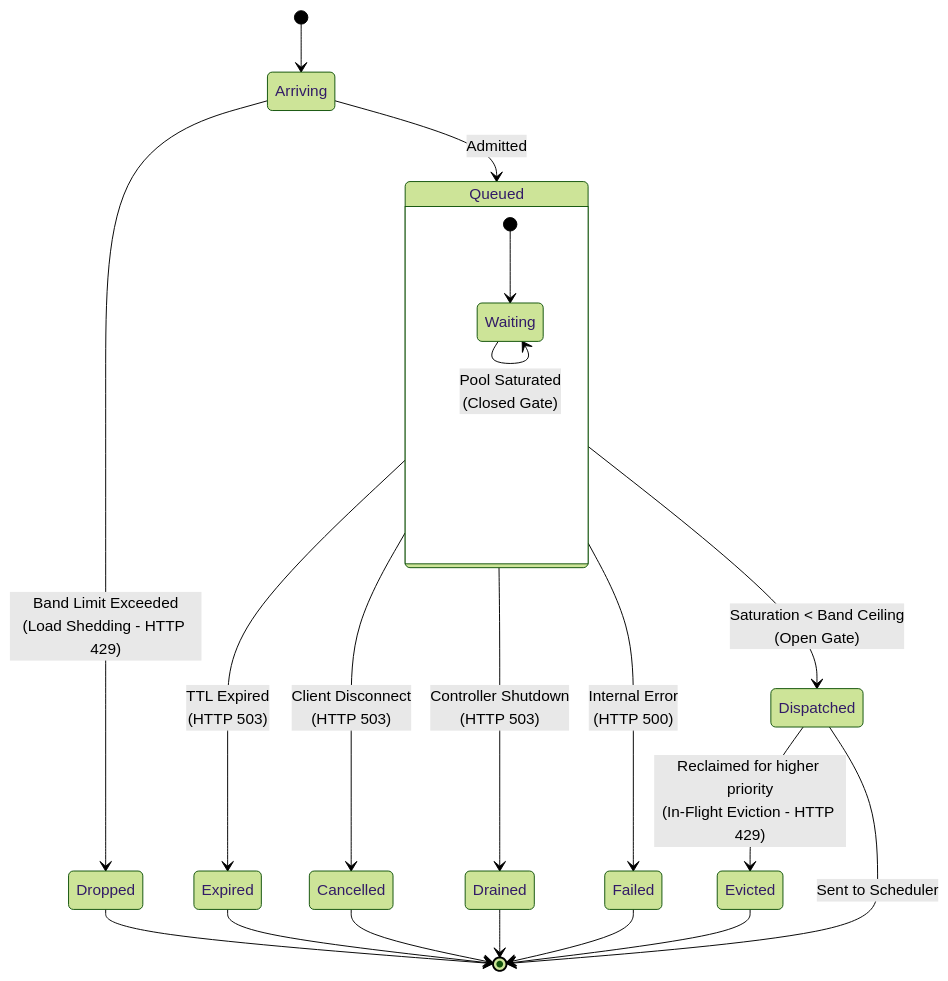
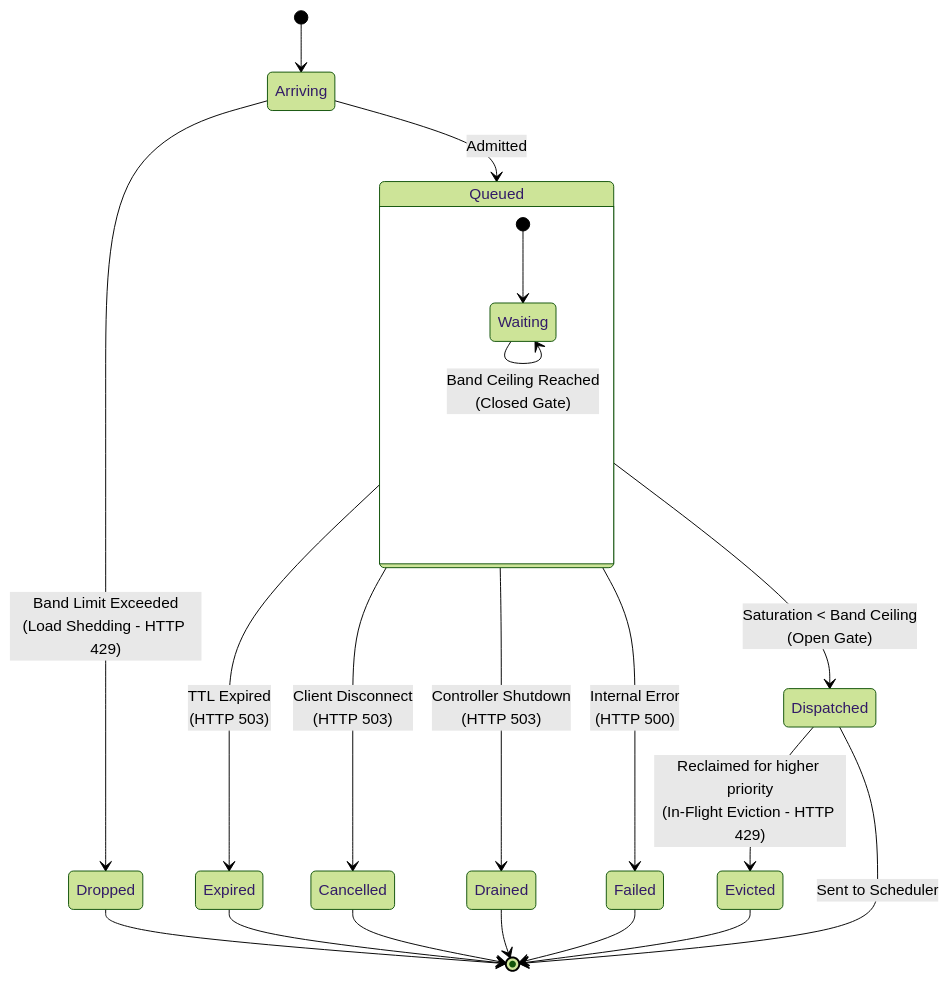
The fourth of 4 diagrams in docs/architecture/core/router/epp/flow-control.md (llm-d/llm-d), drawn with Mermaid (forest theme) before and after one commit.

Commit message:
docs(flow-control): rename Pool Saturated to Band Ceiling in state diagram
Addresses review feedback: with the holdback policy, dispatch gating is
per-band ceiling, not full pool saturation. Aligns both gate transitions
in the request-lifecycle state diagram.

````diff
--- a/docs/architecture/core/router/epp/flow-control.md
+++ b/docs/architecture/core/router/epp/flow-control.md
@@ -345,26 +345,26 @@
 ```mermaid
 stateDiagram-v2
     [*] --> Arriving
     Arriving --> Dropped: Band Limit Exceeded<br/>(Load Shedding - HTTP 429)
     Arriving --> Queued: Admitted
 
     state Queued {
         [*] --> Waiting
-        Waiting --> Waiting: Pool Saturated<br/>(Closed Gate)
+        Waiting --> Waiting: Band Ceiling Reached<br/>(Closed Gate)
     }
 
     Queued --> Expired: TTL Expired<br/>(HTTP 503)
     Queued --> Cancelled: Client Disconnect<br/>(HTTP 503)
     Queued --> Drained: Controller Shutdown<br/>(HTTP 503)
     Queued --> Failed: Internal Error<br/>(HTTP 500)
     Queued --> Dispatched: Saturation < Band Ceiling<br/>(Open Gate)
 
     Dispatched --> Evicted: Reclaimed for higher priority<br/>(In-Flight Eviction - HTTP 429)
     Dispatched --> [*]: Sent to Scheduler
     Dropped --> [*]
     Expired --> [*]
     Cancelled --> [*]
     Drained --> [*]
     Evicted --> [*]
     Failed --> [*]
 ```
````
